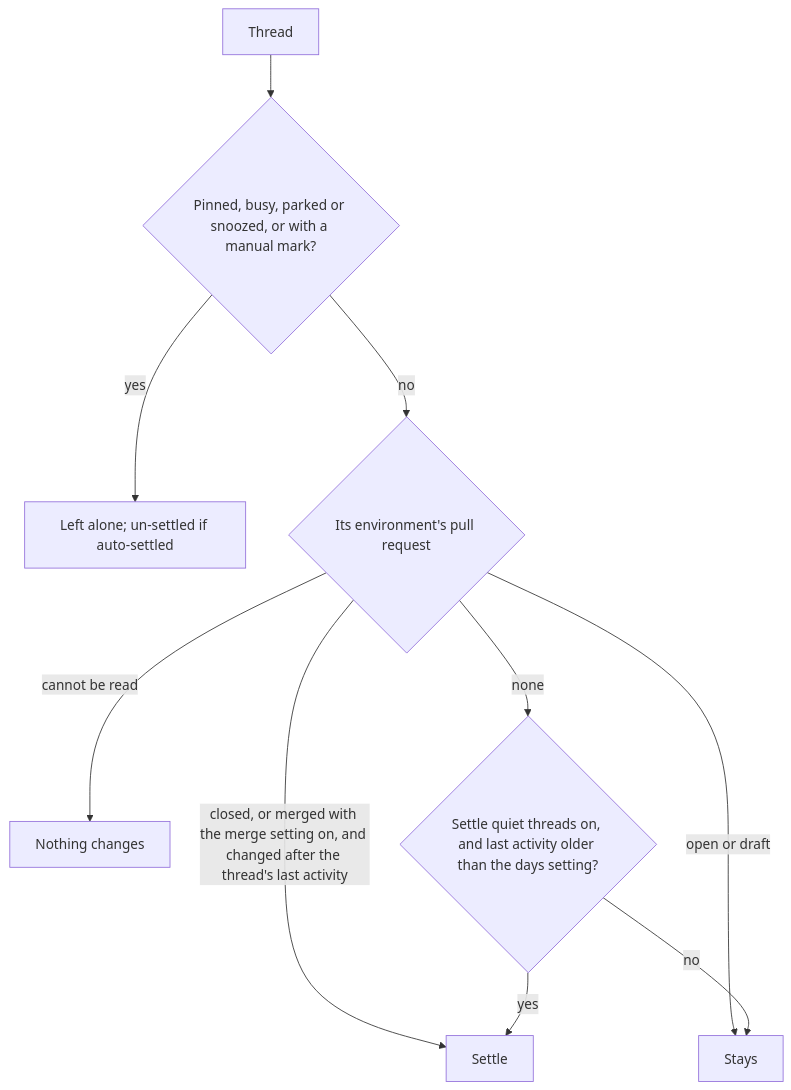
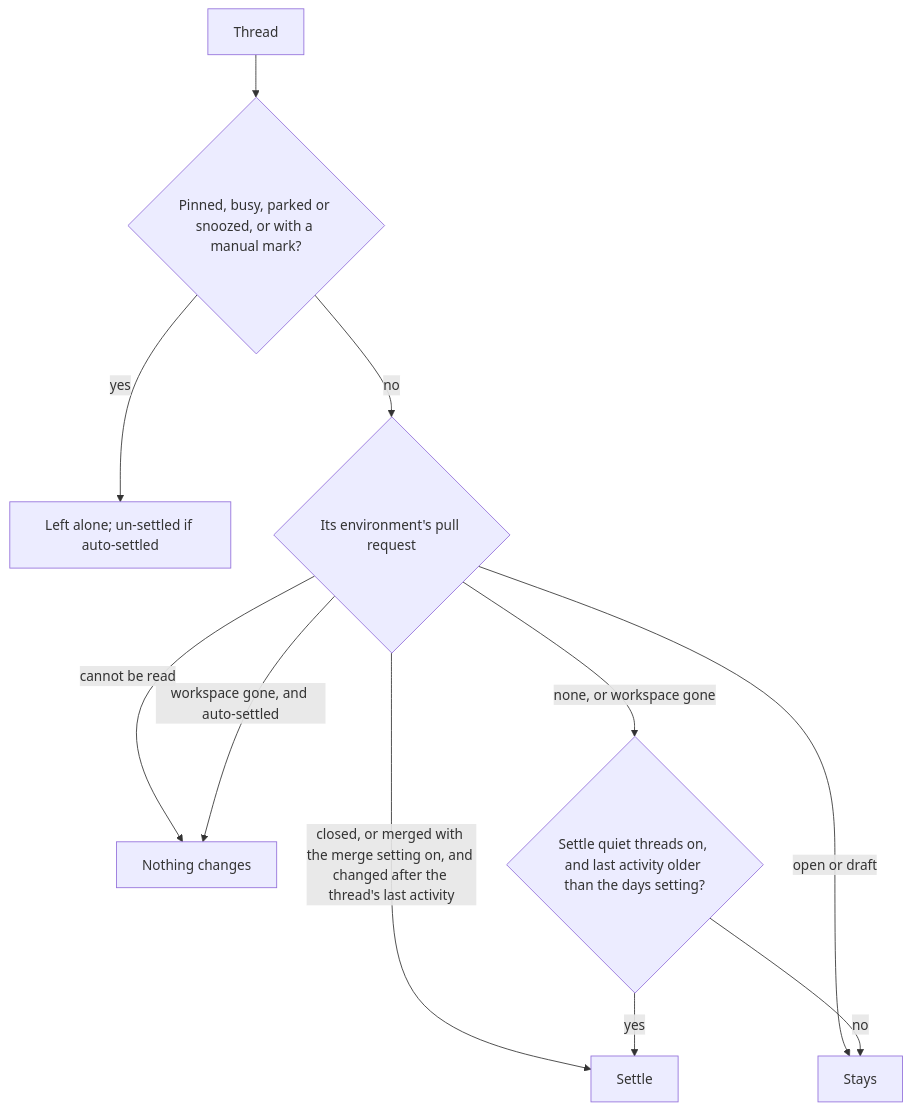
The second of 2 diagrams in docs/explanation/thread-glance-shelves.md (gperezmz/bb-plugins), drawn with Mermaid before and after one commit. The commit also changed other lines of this file and 2 other files, not shown here.

````diff
--- a/docs/explanation/thread-glance-shelves.md
+++ b/docs/explanation/thread-glance-shelves.md
@@ -52,12 +52,13 @@
 ```mermaid
 flowchart TD
   start["Thread"] --> skip{"Pinned, busy, parked or snoozed, or with a manual mark?"}
   skip -->|yes| leave["Left alone; un-settled if auto-settled"]
   skip -->|no| pr{"Its environment's pull request"}
   pr -->|"closed, or merged with the merge setting on, and changed after the thread's last activity"| settle["Settle"]
   pr -->|open or draft| stay["Stays"]
   pr -->|cannot be read| nothing["Nothing changes"]
-  pr -->|none| quiet{"Settle quiet threads on, and last activity older than the days setting?"}
+  pr -->|"workspace gone, and auto-settled"| nothing
+  pr -->|"none, or workspace gone"| quiet{"Settle quiet threads on, and last activity older than the days setting?"}
   quiet -->|yes| settle
   quiet -->|no| stay
 ```
````
